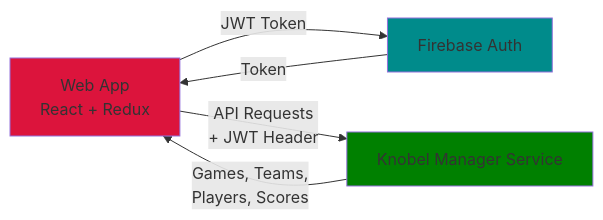
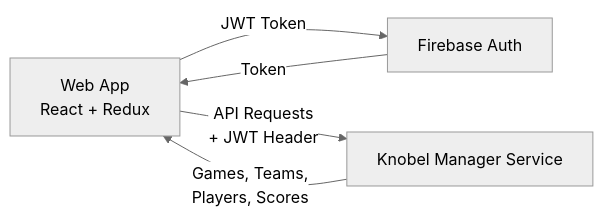
Before and after one commit to henok321/knobel-manager-app: the diagram in README.md, drawn with Mermaid.

Commit message:
docs: mermaid theme

````diff
--- a/README.md
+++ b/README.md
@@ -11,10 +11,11 @@
 ```mermaid
+---
+config:
+    theme: neutral
+---
 graph LR
     Web-App[Web App<br/>React + Redux] -->|JWT Token| Auth[Firebase Auth]
     Web-App -->|API Requests<br/>+ JWT Header| Backend[Knobel Manager Service]
     Auth -->|Token| Web-App
     Backend -->|Games, Teams,<br/>Players, Scores| Web-App
-    style Web-App fill: crimson
-    style Auth fill: darkcyan
-    style Backend fill: green
 ```
````
